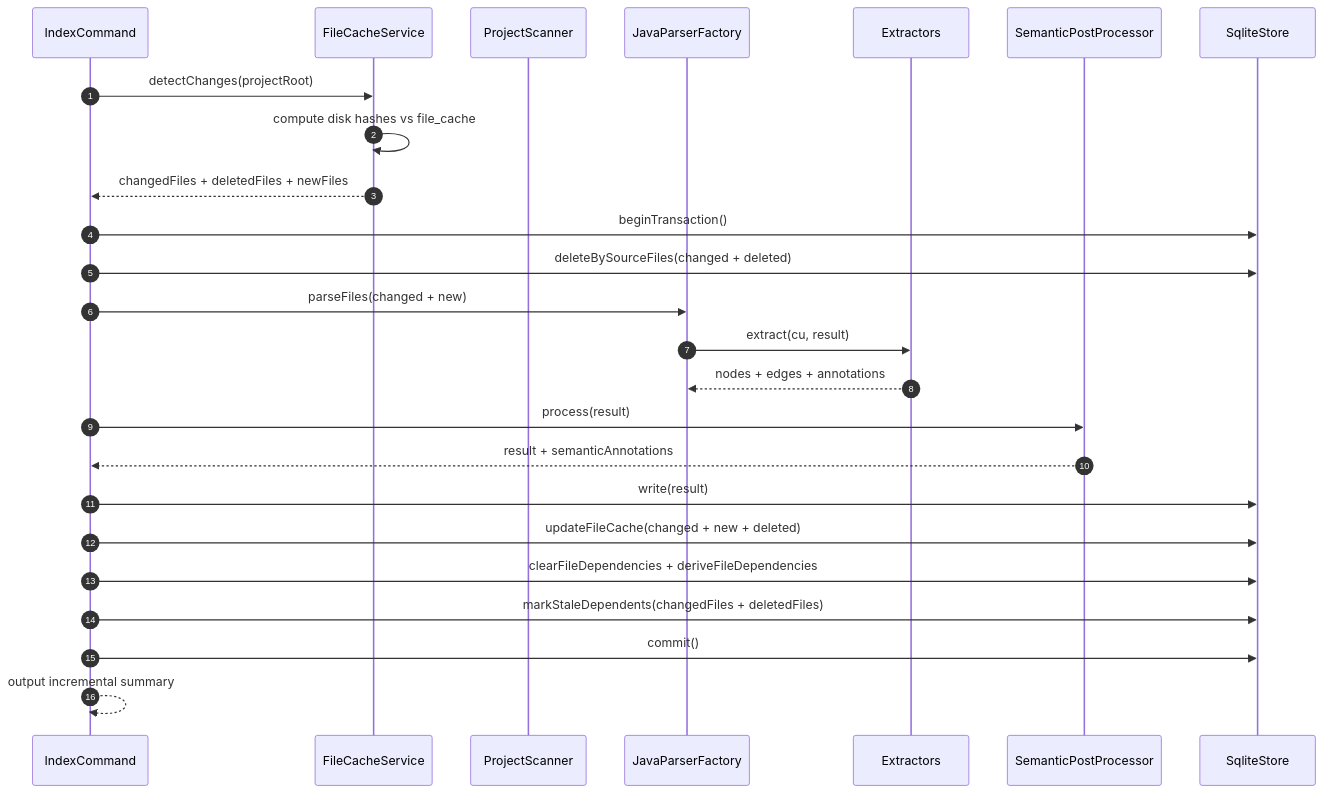
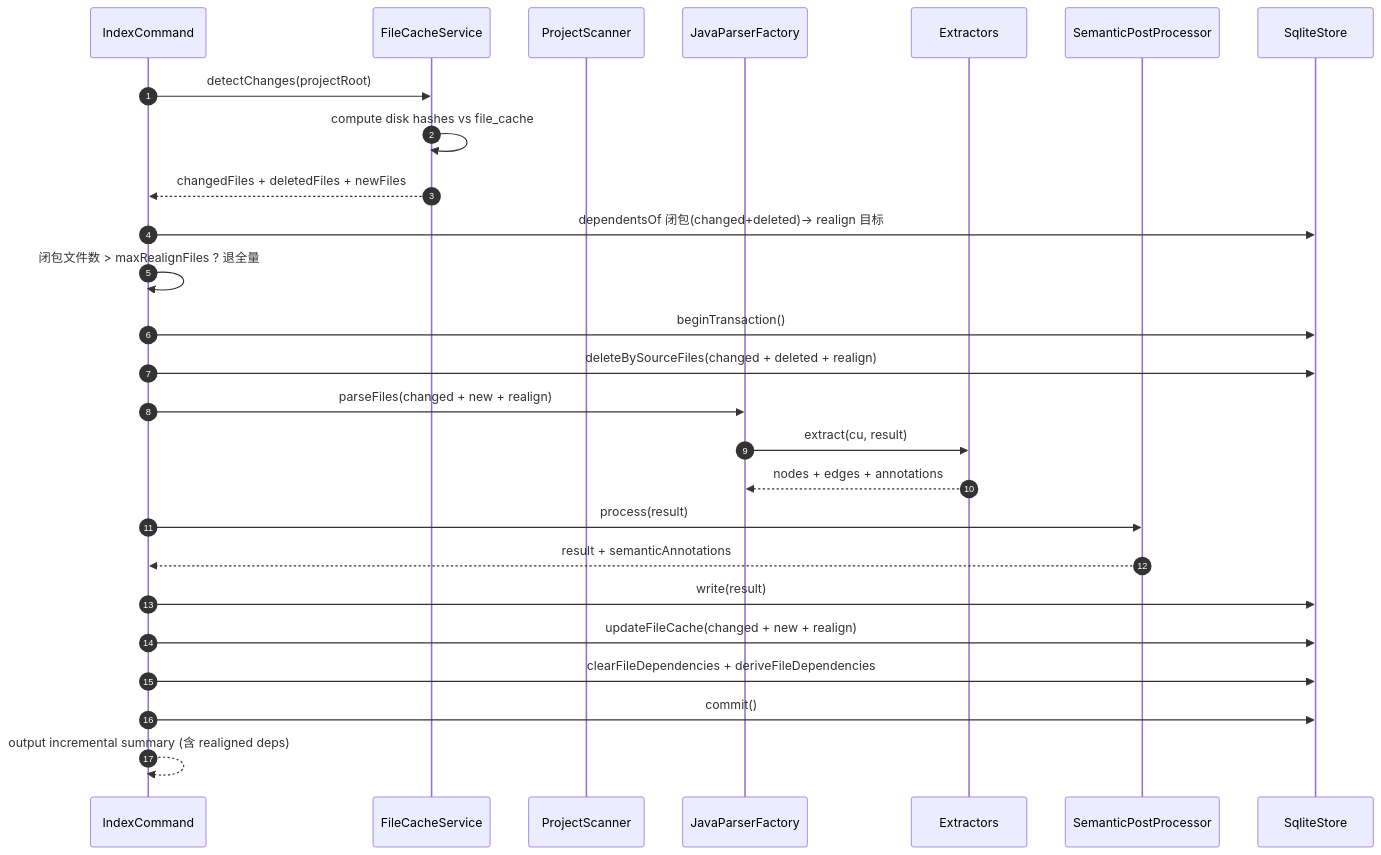
One commit to stream-iori/anatomist changed the fifth of 7 diagrams in .diorama/knowledge/facts/domain-model.md. Above: the diagram before and after it, drawn with Mermaid. The commit also changed other lines of this file and 12 other files, not shown here.

First line of the commit message:
feat(incremental): realign dependents in-pass, drop stale-marking

````diff
--- a/.diorama/knowledge/facts/domain-model.md
+++ b/.diorama/knowledge/facts/domain-model.md
@@ -226,28 +227,29 @@
 ```mermaid
 sequenceDiagram
     autonumber
     participant CLI as IndexCommand
     participant FC as FileCacheService
     participant PS as ProjectScanner
     participant JF as JavaParserFactory
     participant Ext as Extractors
     participant PP as SemanticPostProcessor
     participant SS as SqliteStore
 
     CLI->>FC: detectChanges(projectRoot)
     FC->>FC: compute disk hashes vs file_cache
     FC-->>CLI: changedFiles + deletedFiles + newFiles
+    CLI->>SS: dependentsOf 闭包(changed+deleted)→ realign 目标
+    CLI->>CLI: 闭包文件数 > maxRealignFiles ? 退全量
     CLI->>SS: beginTransaction()
-    CLI->>SS: deleteBySourceFiles(changed + deleted)
-    CLI->>JF: parseFiles(changed + new)
+    CLI->>SS: deleteBySourceFiles(changed + deleted + realign)
+    CLI->>JF: parseFiles(changed + new + realign)
     JF->>Ext: extract(cu, result)
     Ext-->>JF: nodes + edges + annotations
     CLI->>PP: process(result)
     PP-->>CLI: result + semanticAnnotations
     CLI->>SS: write(result)
-    CLI->>SS: updateFileCache(changed + new + deleted)
+    CLI->>SS: updateFileCache(changed + new + realign)
     CLI->>SS: clearFileDependencies + deriveFileDependencies
-    CLI->>SS: markStaleDependents(changedFiles + deletedFiles)
     CLI->>SS: commit()
-    CLI-->>CLI: output incremental summary
+    CLI-->>CLI: output incremental summary (含 realigned deps)
 ```
````
